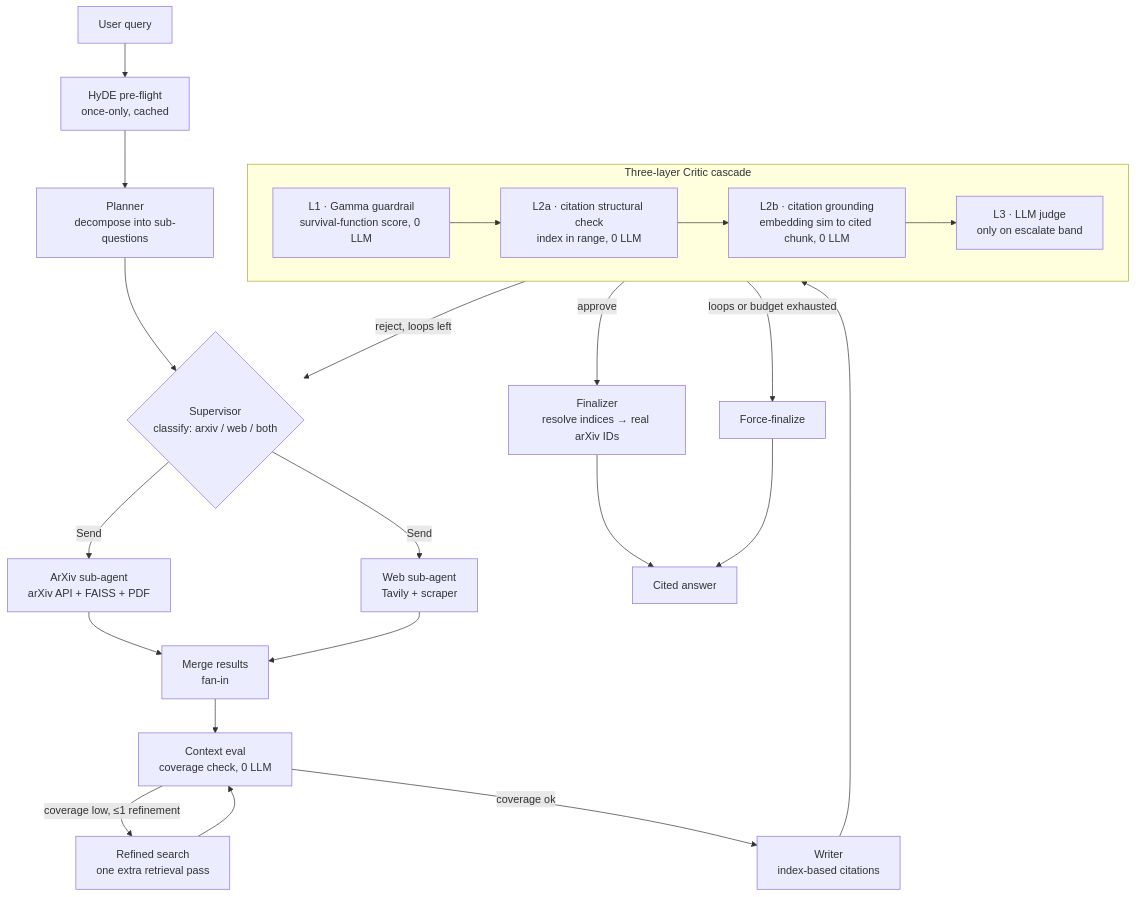
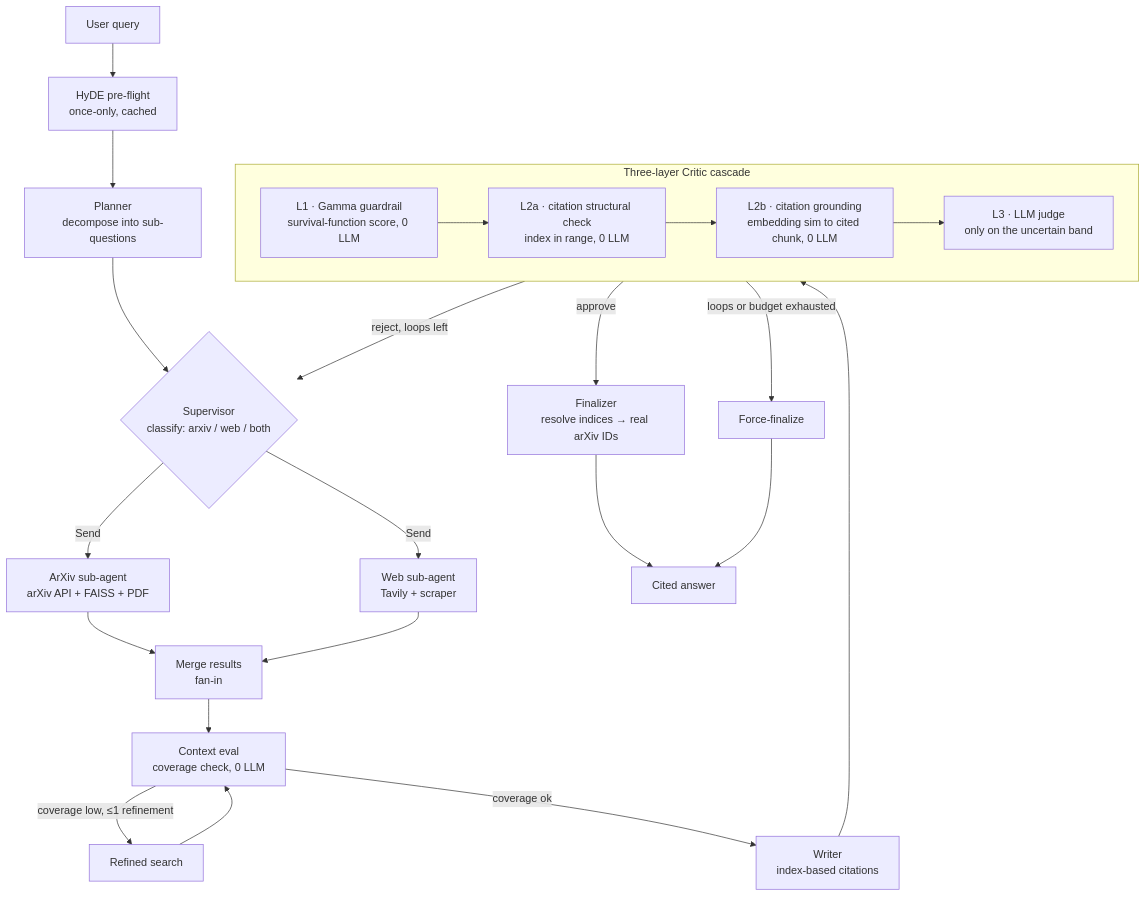
The diagram in README.md (Yuezhou-Zhao/multi-agent-research-assistant), drawn with Mermaid before and after one commit. The commit also changed other lines of this file and 41 other files, not shown here.

````diff
--- a/README.md
+++ b/README.md
@@ -84,33 +46,33 @@
 ```mermaid
 flowchart TD
     Q[User query] --> HyDE[HyDE pre-flight<br/>once-only, cached]
     HyDE --> P[Planner<br/>decompose into sub-questions]
     P --> S{Supervisor<br/>classify: arxiv / web / both}
 
     S -->|Send| A[ArXiv sub-agent<br/>arXiv API + FAISS + PDF]
     S -->|Send| W[Web sub-agent<br/>Tavily + scraper]
 
     A --> M[Merge results<br/>fan-in]
     W --> M
     M --> CE[Context eval<br/>coverage check, 0 LLM]
 
-    CE -->|coverage low, ≤1 refinement| RF[Refined search<br/>one extra retrieval pass]
+    CE -->|coverage low, ≤1 refinement| RF[Refined search]
     RF --> CE
     CE -->|coverage ok| WR[Writer<br/>index-based citations]
 
     WR --> C[Critic cascade]
     subgraph C[Three-layer Critic cascade]
         L1[L1 · Gamma guardrail<br/>survival-function score, 0 LLM]
         L2a[L2a · citation structural check<br/>index in range, 0 LLM]
         L2b[L2b · citation grounding<br/>embedding sim to cited chunk, 0 LLM]
-        L3[L3 · LLM judge<br/>only on escalate band]
+        L3[L3 · LLM judge<br/>only on the uncertain band]
         L1 --> L2a --> L2b --> L3
     end
 
     C -->|approve| F[Finalizer<br/>resolve indices → real arXiv IDs]
     C -->|reject, loops left| S
     C -->|loops or budget exhausted| FF[Force-finalize]
 
     F --> OUT[Cited answer]
     FF --> OUT
 ```
````
